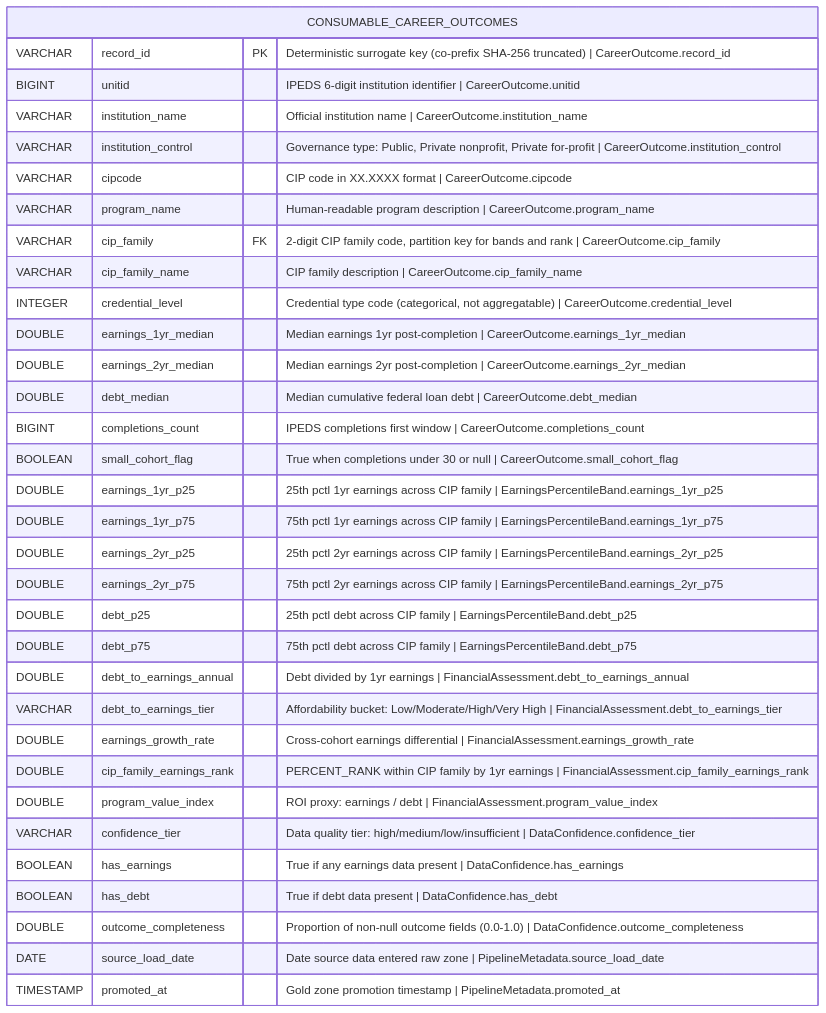
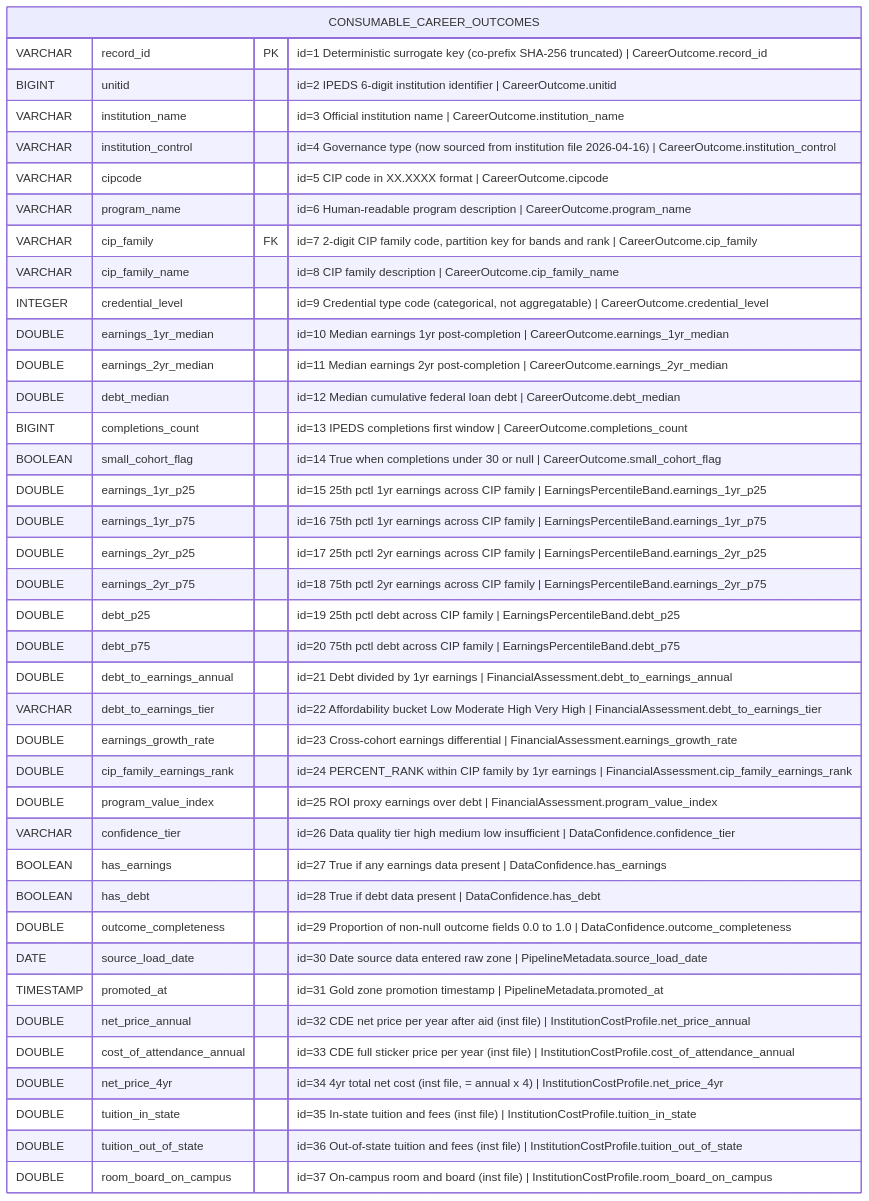
One commit to jcernauske/futureproof-data changed the diagram in governance/models/gold-career-outcomes-college-scorecard-physical.md. Above: the diagram before and after it, drawn with Mermaid. The commit also changed other lines of this file and 13 other files, not shown here.

First line of the commit message:
feat: ingest College Scorecard institution data for cost-of-attendance pipeline

````diff
--- a/governance/models/gold-career-outcomes-college-scorecard-physical.md
+++ b/governance/models/gold-career-outcomes-college-scorecard-physical.md
@@ -15,36 +16,42 @@
 ```mermaid
 erDiagram
     CONSUMABLE_CAREER_OUTCOMES {
-        VARCHAR record_id PK "Deterministic surrogate key (co-prefix SHA-256 truncated) | CareerOutcome.record_id"
-        BIGINT unitid "IPEDS 6-digit institution identifier | CareerOutcome.unitid"
-        VARCHAR institution_name "Official institution name | CareerOutcome.institution_name"
-        VARCHAR institution_control "Governance type: Public, Private nonprofit, Private for-profit | CareerOutcome.institution_control"
-        VARCHAR cipcode "CIP code in XX.XXXX format | CareerOutcome.cipcode"
-        VARCHAR program_name "Human-readable program description | CareerOutcome.program_name"
-        VARCHAR cip_family FK "2-digit CIP family code, partition key for bands and rank | CareerOutcome.cip_family"
-        VARCHAR cip_family_name "CIP family description | CareerOutcome.cip_family_name"
-        INTEGER credential_level "Credential type code (categorical, not aggregatable) | CareerOutcome.credential_level"
-        DOUBLE earnings_1yr_median "Median earnings 1yr post-completion | CareerOutcome.earnings_1yr_median"
-        DOUBLE earnings_2yr_median "Median earnings 2yr post-completion | CareerOutcome.earnings_2yr_median"
-        DOUBLE debt_median "Median cumulative federal loan debt | CareerOutcome.debt_median"
-        BIGINT completions_count "IPEDS completions first window | CareerOutcome.completions_count"
-        BOOLEAN small_cohort_flag "True when completions under 30 or null | CareerOutcome.small_cohort_flag"
-        DOUBLE earnings_1yr_p25 "25th pctl 1yr earnings across CIP family | EarningsPercentileBand.earnings_1yr_p25"
-        DOUBLE earnings_1yr_p75 "75th pctl 1yr earnings across CIP family | EarningsPercentileBand.earnings_1yr_p75"
-        DOUBLE earnings_2yr_p25 "25th pctl 2yr earnings across CIP family | EarningsPercentileBand.earnings_2yr_p25"
-        DOUBLE earnings_2yr_p75 "75th pctl 2yr earnings across CIP family | EarningsPercentileBand.earnings_2yr_p75"
-        DOUBLE debt_p25 "25th pctl debt across CIP family | EarningsPercentileBand.debt_p25"
-        DOUBLE debt_p75 "75th pctl debt across CIP family | EarningsPercentileBand.debt_p75"
-        DOUBLE debt_to_earnings_annual "Debt divided by 1yr earnings | FinancialAssessment.debt_to_earnings_annual"
-        VARCHAR debt_to_earnings_tier "Affordability bucket: Low/Moderate/High/Very High | FinancialAssessment.debt_to_earnings_tier"
-        DOUBLE earnings_growth_rate "Cross-cohort earnings differential | FinancialAssessment.earnings_growth_rate"
-        DOUBLE cip_family_earnings_rank "PERCENT_RANK within CIP family by 1yr earnings | FinancialAssessment.cip_family_earnings_rank"
-        DOUBLE program_value_index "ROI proxy: earnings / debt | FinancialAssessment.program_value_index"
-        VARCHAR confidence_tier "Data quality tier: high/medium/low/insufficient | DataConfidence.confidence_tier"
-        BOOLEAN has_earnings "True if any earnings data present | DataConfidence.has_earnings"
-        BOOLEAN has_debt "True if debt data present | DataConfidence.has_debt"
-        DOUBLE outcome_completeness "Proportion of non-null outcome fields (0.0-1.0) | DataConfidence.outcome_completeness"
-        DATE source_load_date "Date source data entered raw zone | PipelineMetadata.source_load_date"
-        TIMESTAMP promoted_at "Gold zone promotion timestamp | PipelineMetadata.promoted_at"
+        VARCHAR record_id PK "id=1 Deterministic surrogate key (co-prefix SHA-256 truncated) | CareerOutcome.record_id"
+        BIGINT unitid "id=2 IPEDS 6-digit institution identifier | CareerOutcome.unitid"
+        VARCHAR institution_name "id=3 Official institution name | CareerOutcome.institution_name"
+        VARCHAR institution_control "id=4 Governance type (now sourced from institution file 2026-04-16) | CareerOutcome.institution_control"
+        VARCHAR cipcode "id=5 CIP code in XX.XXXX format | CareerOutcome.cipcode"
+        VARCHAR program_name "id=6 Human-readable program description | CareerOutcome.program_name"
+        VARCHAR cip_family FK "id=7 2-digit CIP family code, partition key for bands and rank | CareerOutcome.cip_family"
+        VARCHAR cip_family_name "id=8 CIP family description | CareerOutcome.cip_family_name"
+        INTEGER credential_level "id=9 Credential type code (categorical, not aggregatable) | CareerOutcome.credential_level"
+        DOUBLE earnings_1yr_median "id=10 Median earnings 1yr post-completion | CareerOutcome.earnings_1yr_median"
+        DOUBLE earnings_2yr_median "id=11 Median earnings 2yr post-completion | CareerOutcome.earnings_2yr_median"
+        DOUBLE debt_median "id=12 Median cumulative federal loan debt | CareerOutcome.debt_median"
+        BIGINT completions_count "id=13 IPEDS completions first window | CareerOutcome.completions_count"
+        BOOLEAN small_cohort_flag "id=14 True when completions under 30 or null | CareerOutcome.small_cohort_flag"
+        DOUBLE earnings_1yr_p25 "id=15 25th pctl 1yr earnings across CIP family | EarningsPercentileBand.earnings_1yr_p25"
+        DOUBLE earnings_1yr_p75 "id=16 75th pctl 1yr earnings across CIP family | EarningsPercentileBand.earnings_1yr_p75"
+        DOUBLE earnings_2yr_p25 "id=17 25th pctl 2yr earnings across CIP family | EarningsPercentileBand.earnings_2yr_p25"
+        DOUBLE earnings_2yr_p75 "id=18 75th pctl 2yr earnings across CIP family | EarningsPercentileBand.earnings_2yr_p75"
+        DOUBLE debt_p25 "id=19 25th pctl debt across CIP family | EarningsPercentileBand.debt_p25"
+        DOUBLE debt_p75 "id=20 75th pctl debt across CIP family | EarningsPercentileBand.debt_p75"
+        DOUBLE debt_to_earnings_annual "id=21 Debt divided by 1yr earnings | FinancialAssessment.debt_to_earnings_annual"
+        VARCHAR debt_to_earnings_tier "id=22 Affordability bucket Low Moderate High Very High | FinancialAssessment.debt_to_earnings_tier"
+        DOUBLE earnings_growth_rate "id=23 Cross-cohort earnings differential | FinancialAssessment.earnings_growth_rate"
+        DOUBLE cip_family_earnings_rank "id=24 PERCENT_RANK within CIP family by 1yr earnings | FinancialAssessment.cip_family_earnings_rank"
+        DOUBLE program_value_index "id=25 ROI proxy earnings over debt | FinancialAssessment.program_value_index"
+        VARCHAR confidence_tier "id=26 Data quality tier high medium low insufficient | DataConfidence.confidence_tier"
+        BOOLEAN has_earnings "id=27 True if any earnings data present | DataConfidence.has_earnings"
+        BOOLEAN has_debt "id=28 True if debt data present | DataConfidence.has_debt"
+        DOUBLE outcome_completeness "id=29 Proportion of non-null outcome fields 0.0 to 1.0 | DataConfidence.outcome_completeness"
+        DATE source_load_date "id=30 Date source data entered raw zone | PipelineMetadata.source_load_date"
+        TIMESTAMP promoted_at "id=31 Gold zone promotion timestamp | PipelineMetadata.promoted_at"
+        DOUBLE net_price_annual "id=32 CDE net price per year after aid (inst file) | InstitutionCostProfile.net_price_annual"
+        DOUBLE cost_of_attendance_annual "id=33 CDE full sticker price per year (inst file) | InstitutionCostProfile.cost_of_attendance_annual"
+        DOUBLE net_price_4yr "id=34 4yr total net cost (inst file, = annual x 4) | InstitutionCostProfile.net_price_4yr"
+        DOUBLE tuition_in_state "id=35 In-state tuition and fees (inst file) | InstitutionCostProfile.tuition_in_state"
+        DOUBLE tuition_out_of_state "id=36 Out-of-state tuition and fees (inst file) | InstitutionCostProfile.tuition_out_of_state"
+        DOUBLE room_board_on_campus "id=37 On-campus room and board (inst file) | InstitutionCostProfile.room_board_on_campus"
     }
 ```
````
